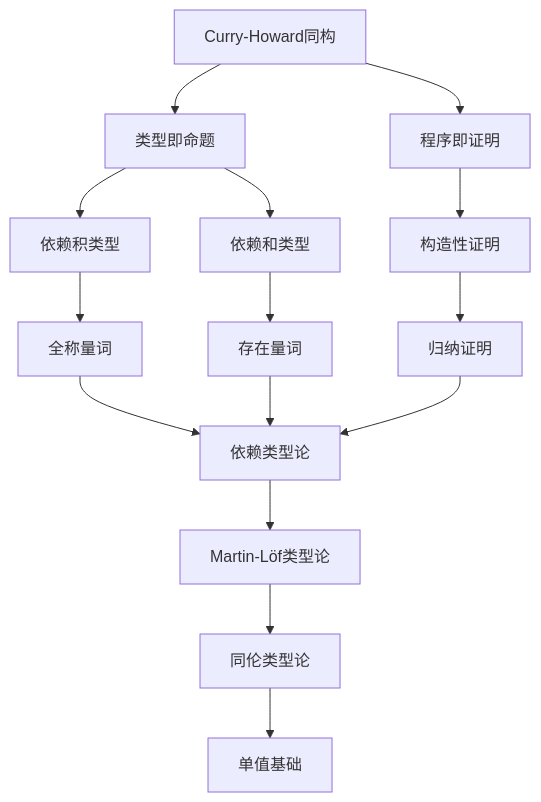
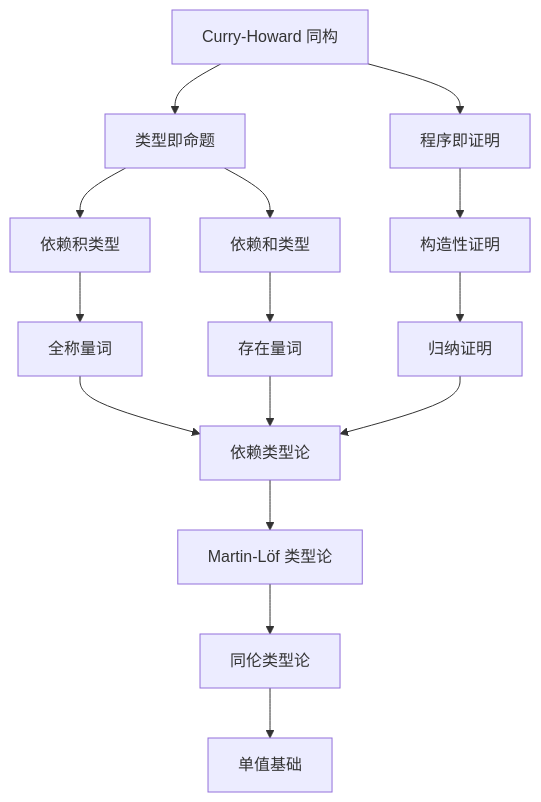
One commit to AdaMartin18010/FormalAlgorithm changed the second of 4 diagrams in docs/05-类型理论/类型理论模块知识图谱.md. Above: the diagram before and after it, drawn with Mermaid. The commit also changed other lines of this file and 481 other files, not shown here.

````diff
--- a/docs/05-类型理论/类型理论模块知识图谱.md
+++ b/docs/05-类型理论/类型理论模块知识图谱.md
@@ -52,17 +83,17 @@
 ```mermaid
 graph TB
-    CH[Curry-Howard同构] --> TAP[类型即命题]
+    CH[Curry-Howard 同构] --> TAP[类型即命题]
     CH --> PAP[程序即证明]
     TAP --> DPT[依赖积类型]
     TAP --> DST[依赖和类型]
     PAP --> CP[构造性证明]
     DPT --> UQ[全称量词]
     DST --> EQ[存在量词]
     CP --> IP[归纳证明]
     UQ --> DT[依赖类型论]
     EQ --> DT
     IP --> DT
-    DT --> MLTT[Martin-Löf类型论]
+    DT --> MLTT[Martin-Löf 类型论]
     MLTT --> HoTT[同伦类型论]
     HoTT --> UF[单值基础]
 ```
````
